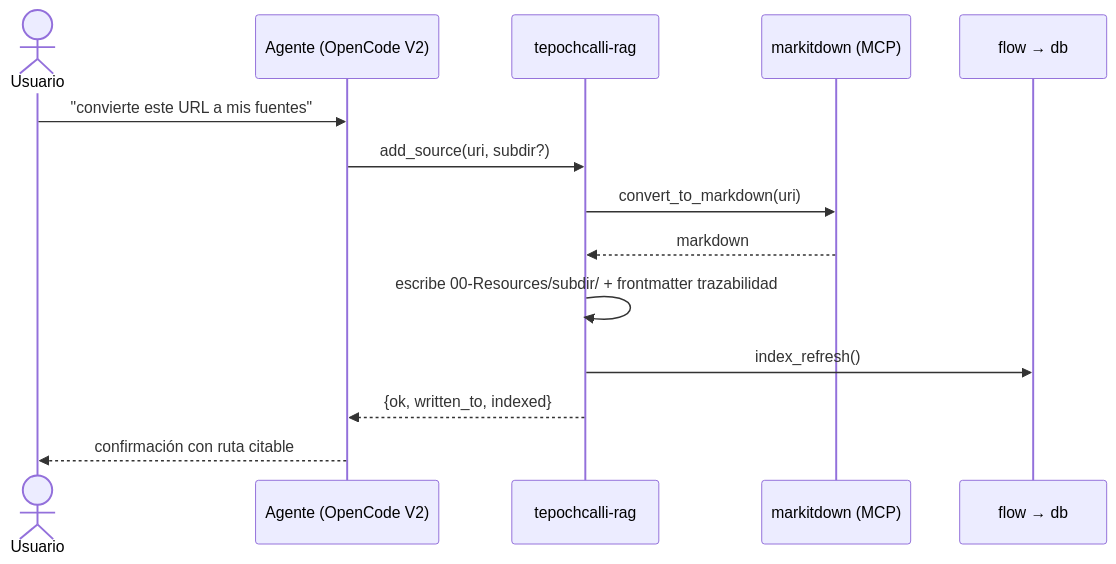
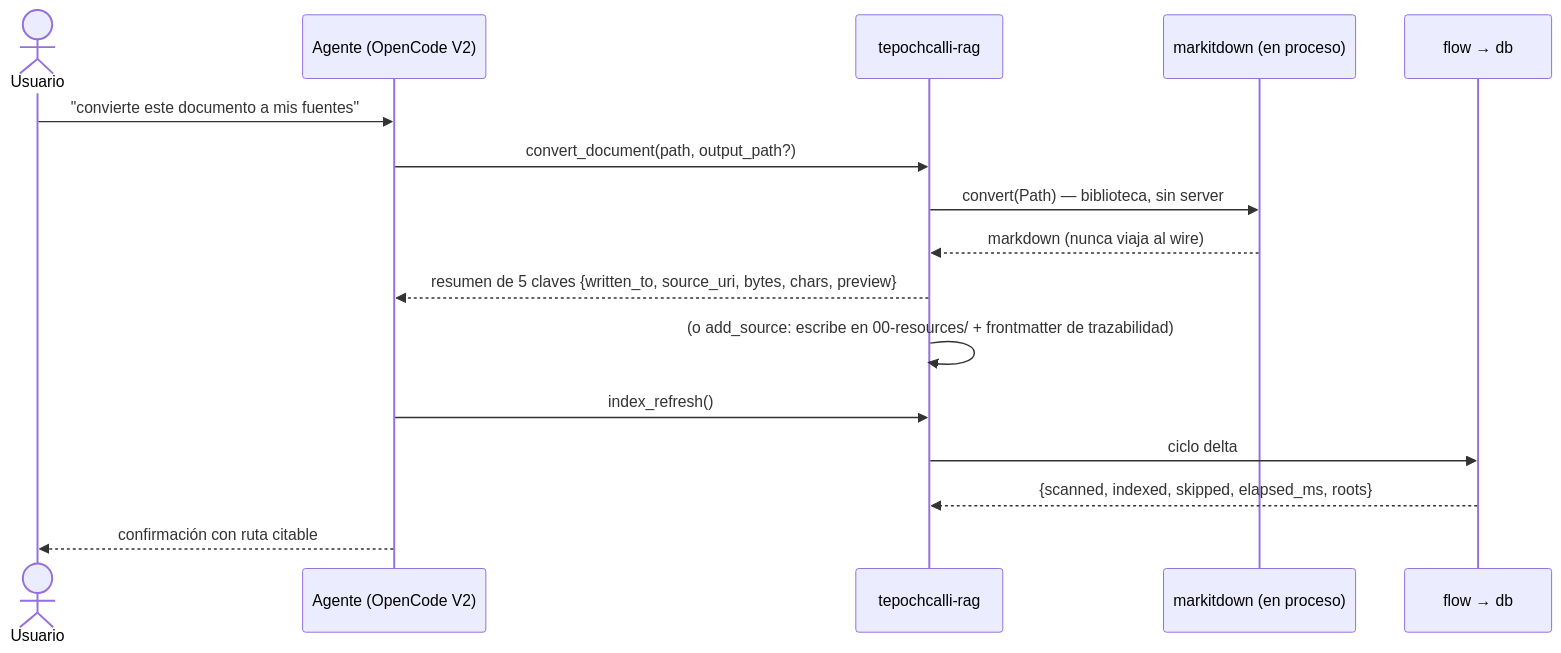
The third of 5 diagrams in docs/ARCHITECTURE.md (Fisherk2/tepochcalli-opencode), drawn with Mermaid before and after one commit. The commit also changed other lines of this file and 2565 other files, not shown here.

````diff
--- a/docs/ARCHITECTURE.md
+++ b/docs/ARCHITECTURE.md
@@ -87,16 +85,18 @@
 ```mermaid
 sequenceDiagram
     actor U as Usuario
     participant A as Agente (OpenCode V2)
     participant S as tepochcalli-rag
-    participant M as markitdown (MCP)
+    participant M as markitdown (en proceso)
     participant F as flow → db
-    U->>A: "convierte este URL a mis fuentes"
-    A->>S: add_source(uri, subdir?)
-    S->>M: convert_to_markdown(uri)
-    M-->>S: markdown
-    S->>S: escribe 00-Resources/subdir/ + frontmatter trazabilidad
-    S->>F: index_refresh()
-    S-->>A: {ok, written_to, indexed}
+    U->>A: "convierte este documento a mis fuentes"
+    A->>S: convert_document(path, output_path?)
+    S->>M: convert(Path) — biblioteca, sin server
+    M-->>S: markdown (nunca viaja al wire)
+    S-->>A: resumen de 5 claves {written_to, source_uri, bytes, chars, preview}
+    S->>S: (o add_source: escribe en 00-resources/ + frontmatter de trazabilidad)
+    A->>S: index_refresh()
+    S->>F: ciclo delta
+    F-->>S: {scanned, indexed, skipped, elapsed_ms, roots}
     A-->>U: confirmación con ruta citable
 ```
````
